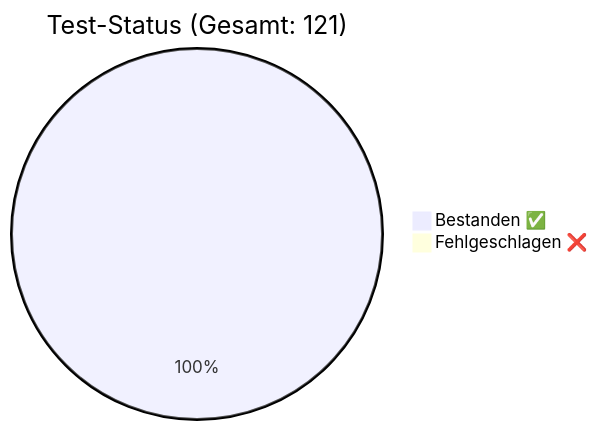
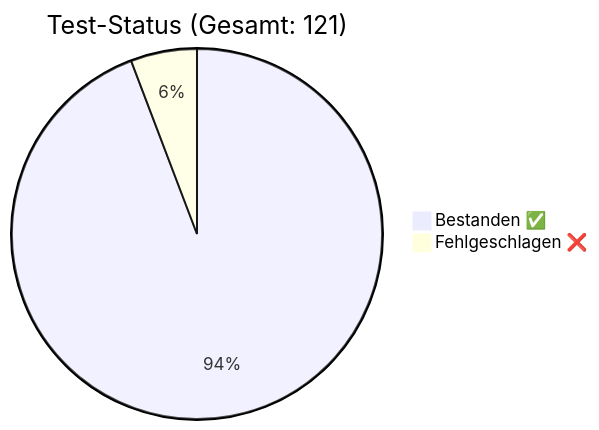
Before and after one commit to rorila/GCS: the diagram in docs/QA_Report.md, drawn with Mermaid. The commit also changed other lines of this file and 26 other files, not shown here.

First line of the commit message:
feat(FlowEditor): Post-Processing Layout + Slide-In Animation

````diff
--- a/docs/QA_Report.md
+++ b/docs/QA_Report.md
@@ -7,5 +7,5 @@
 ```mermaid
 pie title Test-Status (Gesamt: 121)
-    "Bestanden ✅" : 121
-    "Fehlgeschlagen ❌" : 0
+    "Bestanden ✅" : 114
+    "Fehlgeschlagen ❌" : 7
 ```
````
